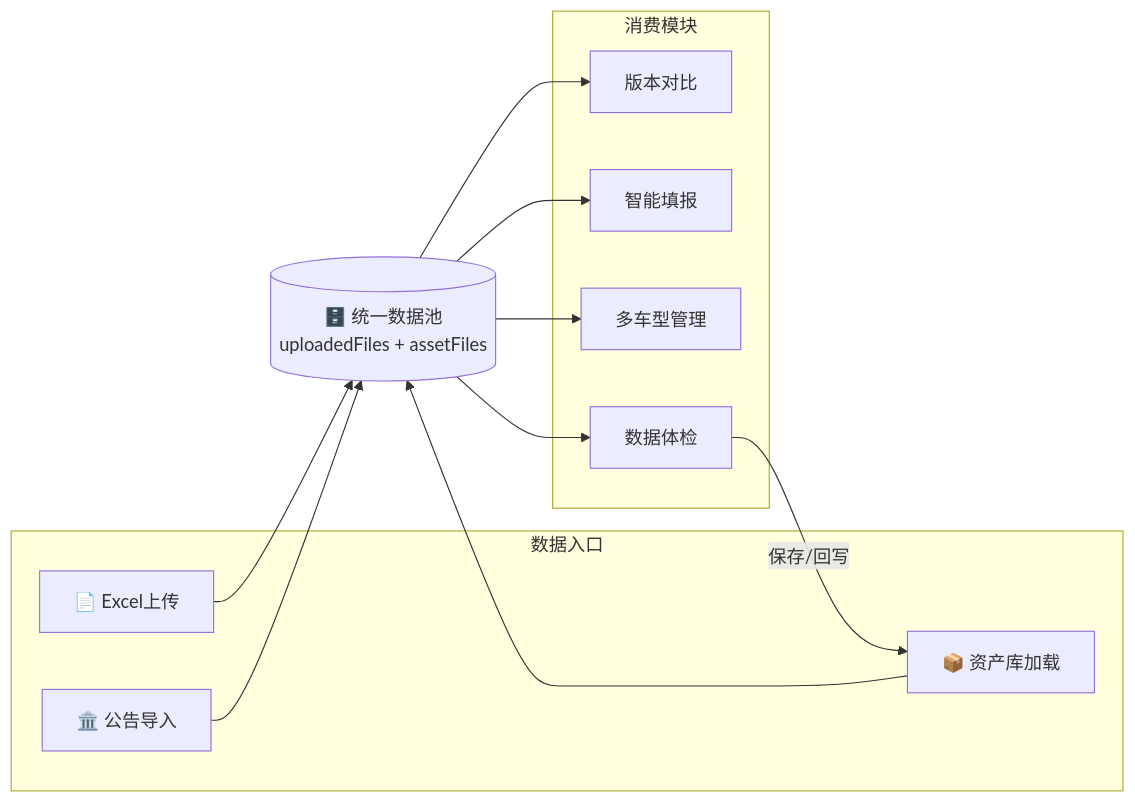
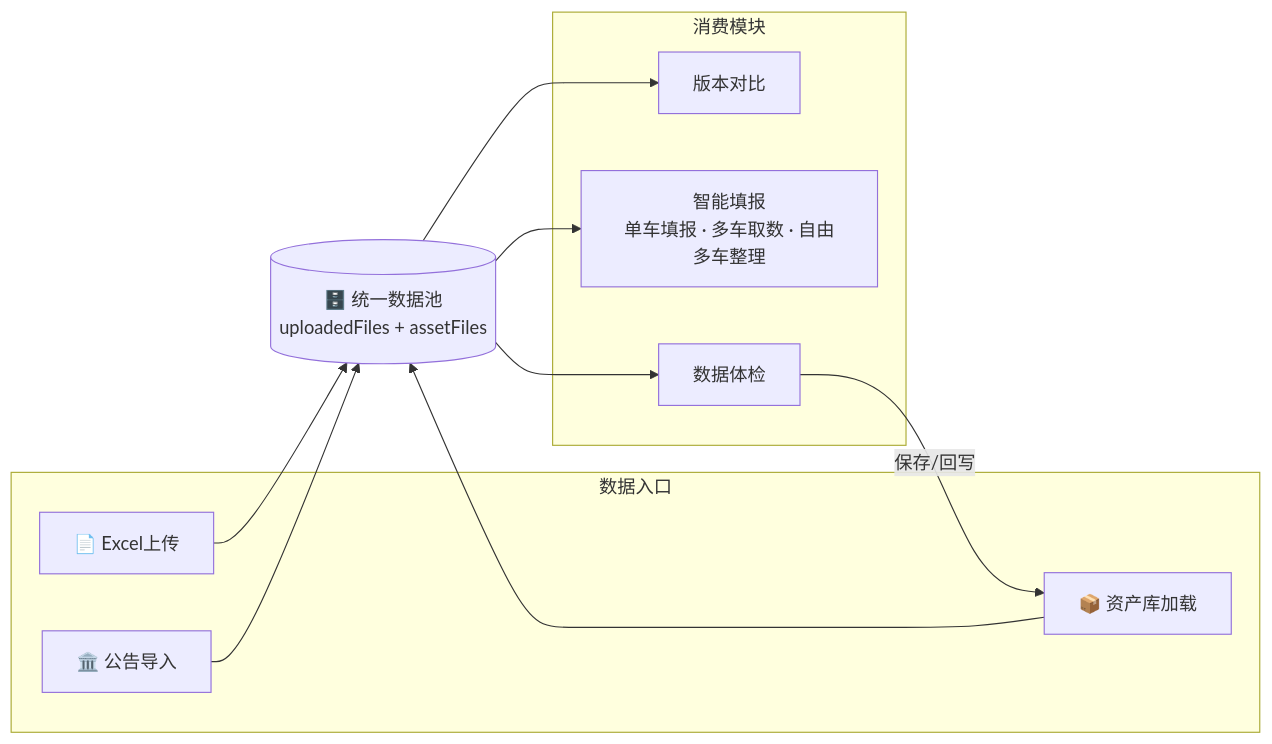
Before and after one commit to red-patch/vehicle-parameter: the second of 5 diagrams in docs/User_Manual_Lite.md, drawn with Mermaid. The commit also changed other lines of this file and 35 other files, not shown here.

````diff
--- a/docs/User_Manual_Lite.md
+++ b/docs/User_Manual_Lite.md
@@ -87,28 +86,26 @@
 ```mermaid
 flowchart LR
     subgraph 数据入口
         E1["📄 Excel上传"]
         E2["🏛️ 公告导入"]
         E3["📦 资产库加载"]
     end
 
     POOL[("🗄️ 统一数据池<br/>uploadedFiles + assetFiles")]
 
     E1 --> POOL
     E2 --> POOL
     E3 --> POOL
 
     subgraph 消费模块
         M1["版本对比"]
-        M2["智能填报"]
-        M3["多车型管理"]
+        M2["智能填报<br/>单车填报 · 多车取数 · 自由多车整理"]
         M4["数据体检"]
     end
 
     POOL --> M1
     POOL --> M2
-    POOL --> M3
     POOL --> M4
 
     M4 -->|"保存/回写"| E3
 ```
````
